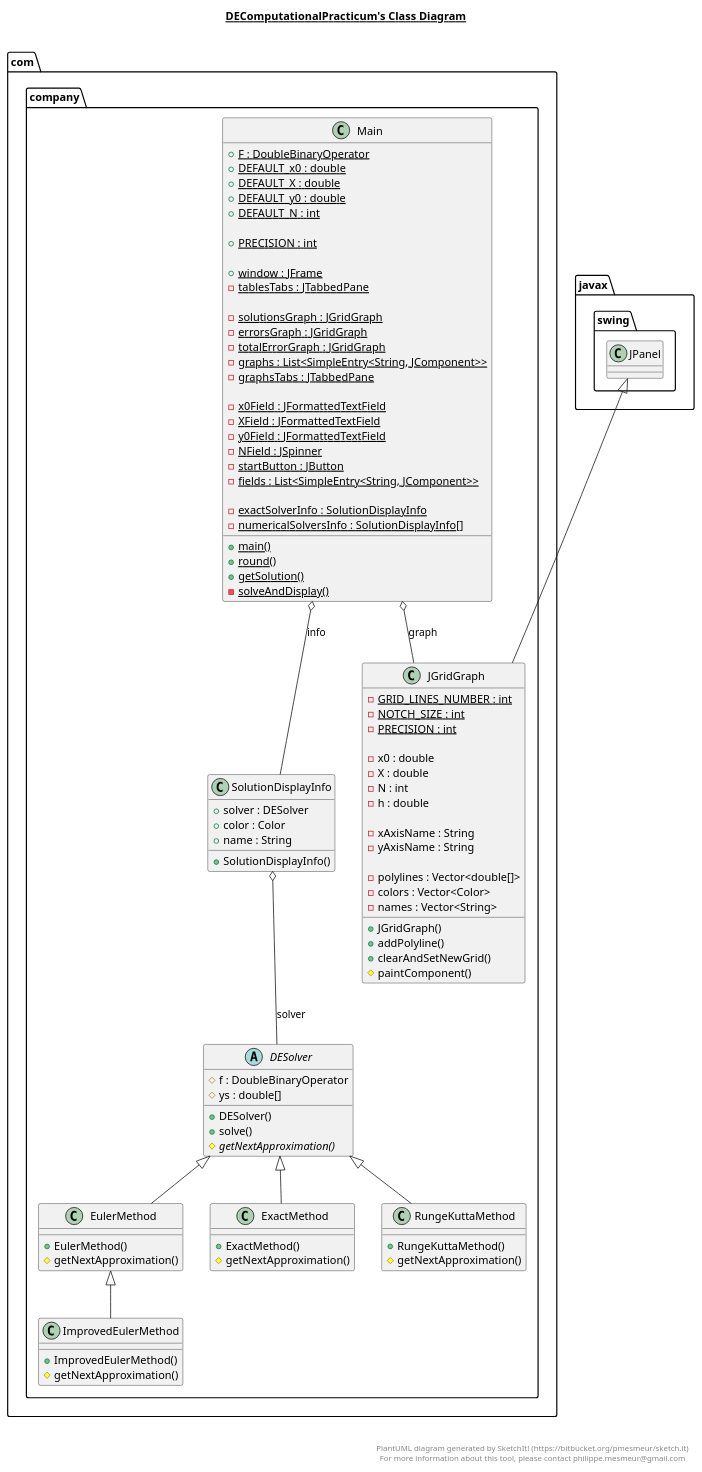
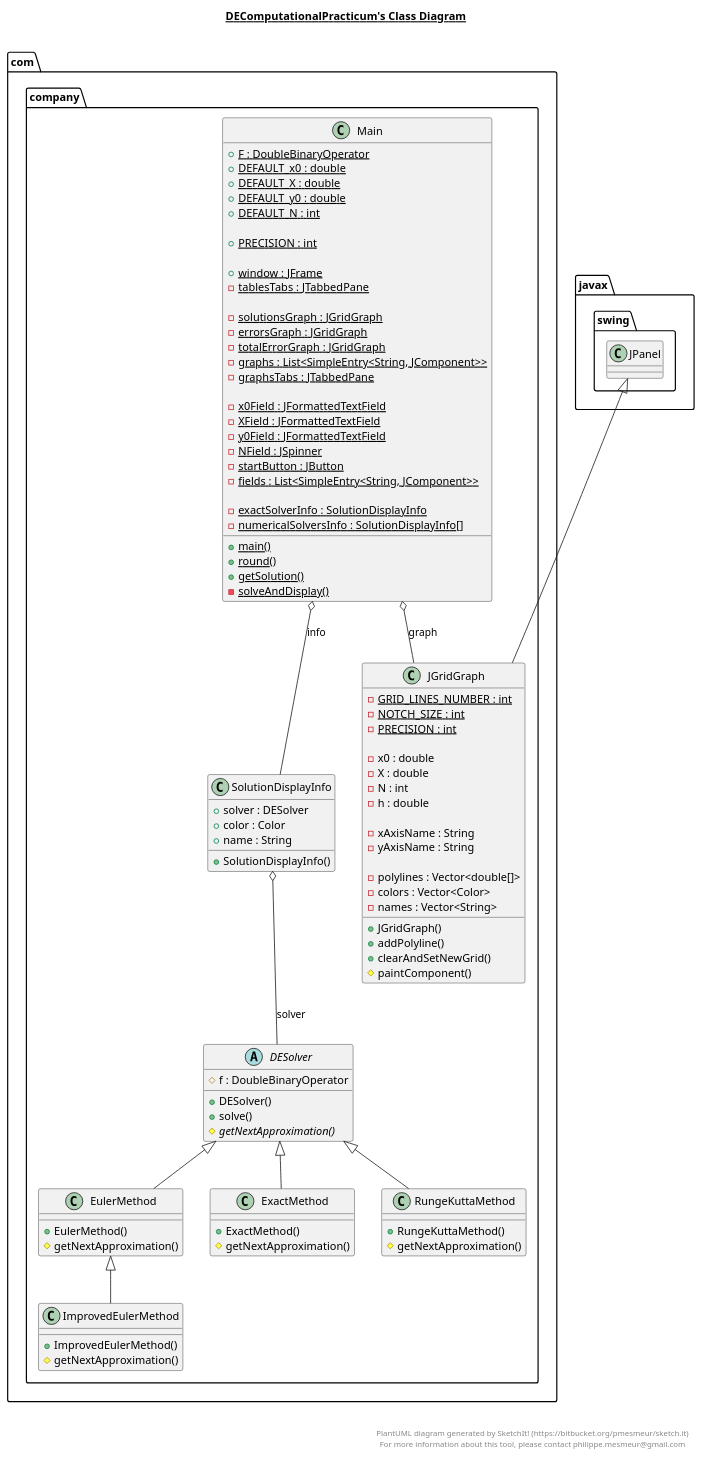
Before and after one commit to kezzyhko/DE-solver: the diagram in company.plantuml, drawn with PlantUML. The commit also changed 3 other files, not shown here.

```diff
--- a/company.plantuml
+++ b/company.plantuml
@@ -1,138 +1,137 @@
 @startuml
 
 title __DEComputationalPracticum's Class Diagram__\n
 
   namespace com.company {
     abstract class com.company.DESolver {
         # f : DoubleBinaryOperator
-        # ys : double[]
         + DESolver()
         + solve()
         {abstract} # getNextApproximation()
     }
   }
   
 
   namespace com.company {
     class com.company.EulerMethod {
         + EulerMethod()
         # getNextApproximation()
     }
   }
   
 
   namespace com.company {
     class com.company.ExactMethod {
         + ExactMethod()
         # getNextApproximation()
     }
   }
   
 
   namespace com.company {
     class com.company.ImprovedEulerMethod {
         + ImprovedEulerMethod()
         # getNextApproximation()
     }
   }
   
 
   namespace com.company {
     class com.company.JGridGraph {
         {static} - GRID_LINES_NUMBER : int
         {static} - NOTCH_SIZE : int
         {static} - PRECISION : int
 
         - x0 : double
         - X : double
         - N : int
         - h : double
 
         - xAxisName : String
         - yAxisName : String
 
         - polylines : Vector<double[]>
         - colors : Vector<Color>
         - names : Vector<String>
 
         + JGridGraph()
         + addPolyline()
         + clearAndSetNewGrid()
         # paintComponent()
     }
   }
   
 
   namespace com.company {
     class com.company.Main {
         {static} + F : DoubleBinaryOperator
         {static} + DEFAULT_x0 : double
         {static} + DEFAULT_X : double
         {static} + DEFAULT_y0 : double
         {static} + DEFAULT_N : int
 
         {static} + PRECISION : int
 
         {static} + window : JFrame
         {static} - tablesTabs : JTabbedPane
 
         {static} - solutionsGraph : JGridGraph
         {static} - errorsGraph : JGridGraph
         {static} - totalErrorGraph : JGridGraph
         {static} - graphs : List<SimpleEntry<String, JComponent>>
         {static} - graphsTabs : JTabbedPane
 
         {static} - x0Field : JFormattedTextField
         {static} - XField : JFormattedTextField
         {static} - y0Field : JFormattedTextField
         {static} - NField : JSpinner
         {static} - startButton : JButton
         {static} - fields : List<SimpleEntry<String, JComponent>>
 
         {static} - exactSolverInfo : SolutionDisplayInfo
         {static} - numericalSolversInfo : SolutionDisplayInfo[]
 
         {static} + main()
         {static} + round()
         {static} + getSolution()
         {static} - solveAndDisplay()
     }
   }
   
 
   namespace com.company {
     class com.company.RungeKuttaMethod {
         + RungeKuttaMethod()
         # getNextApproximation()
     }
   }
   
 
   namespace com.company {
     class com.company.SolutionDisplayInfo {
         + solver : DESolver
         + color : Color
         + name : String
         + SolutionDisplayInfo()
     }
   }
   
 
   com.company.EulerMethod -up-|> com.company.DESolver
   com.company.ExactMethod -up-|> com.company.DESolver
   com.company.ImprovedEulerMethod -up-|> com.company.EulerMethod
   com.company.JGridGraph -up-|> javax.swing.JPanel
   com.company.RungeKuttaMethod -up-|> com.company.DESolver
   com.company.SolutionDisplayInfo o-- com.company.DESolver : solver
   com.company.Main o-- com.company.SolutionDisplayInfo : info
   com.company.Main o-- com.company.JGridGraph : graph
 
 
 right footer
 
 
 PlantUML diagram generated by SketchIt! (https://bitbucket.org/pmesmeur/sketch.it)
 For more information about this tool, please contact philippe.mesmeur@gmail.com
 endfooter
 
 @enduml
```
